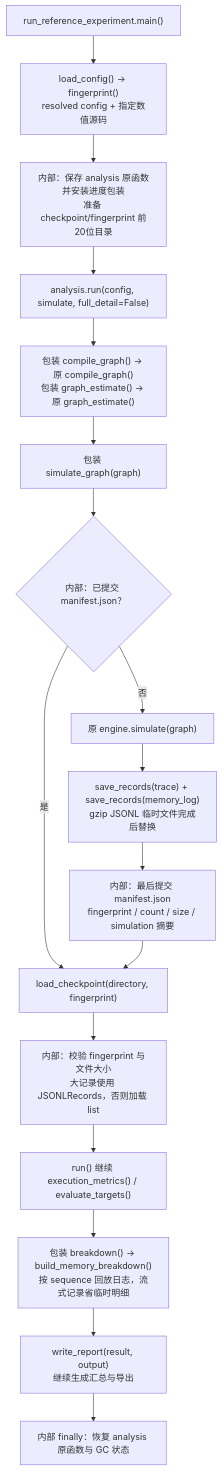
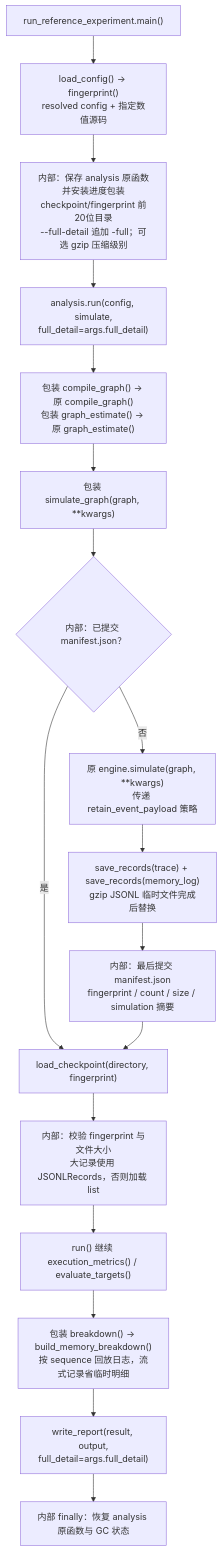
The diagram in docs/diagrams/11-reference-checkpoint.mmd (GuangyuZhu04/supernode_simulation), drawn with Mermaid before and after one commit. The commit also changed 11 other files, not shown here.

```diff
--- a/docs/diagrams/11-reference-checkpoint.mmd
+++ b/docs/diagrams/11-reference-checkpoint.mmd
@@ -1,17 +1,17 @@
 flowchart TD
     ENTRY["run_reference_experiment.main()"] --> CONFIG["load_config() → fingerprint()<br/>resolved config + 指定数值源码"]
-    CONFIG --> WRAP["内部：保存 analysis 原函数并安装进度包装<br/>准备 checkpoint/fingerprint 前20位目录"]
-    WRAP --> RUN["analysis.run(config, simulate, full_detail=False)"]
+    CONFIG --> WRAP["内部：保存 analysis 原函数并安装进度包装<br/>checkpoint/fingerprint 前20位目录<br/>--full-detail 追加 -full；可选 gzip 压缩级别"]
+    WRAP --> RUN["analysis.run(config, simulate,<br/>full_detail=args.full_detail)"]
     RUN --> COMPILE["包装 compile_graph() → 原 compile_graph()<br/>包装 graph_estimate() → 原 graph_estimate()"]
-    COMPILE --> SIM["包装 simulate_graph(graph)"]
+    COMPILE --> SIM["包装 simulate_graph(graph, **kwargs)"]
     SIM --> EXISTS{"内部：已提交 manifest.json？"}
-    EXISTS -->|否| PHYSICS["原 engine.simulate(graph)"]
+    EXISTS -->|否| PHYSICS["原 engine.simulate(graph, **kwargs)<br/>传递 retain_event_payload 策略"]
     PHYSICS --> SAVE["save_records(trace) + save_records(memory_log)<br/>gzip JSONL 临时文件完成后替换"]
     SAVE --> COMMIT["内部：最后提交 manifest.json<br/>fingerprint / count / size / simulation 摘要"]
     EXISTS -->|是| LOAD["load_checkpoint(directory, fingerprint)"]
     COMMIT --> LOAD
     LOAD --> CHECK["内部：校验 fingerprint 与文件大小<br/>大记录使用 JSONLRecords，否则加载 list"]
     CHECK --> METRIC["run() 继续 execution_metrics() / evaluate_targets()"]
     METRIC --> MEM["包装 breakdown() → build_memory_breakdown()<br/>按 sequence 回放日志，流式记录省临时明细"]
-    MEM --> EXPORT["write_report(result, output)<br/>继续生成汇总与导出"]
+    MEM --> EXPORT["write_report(result, output,<br/>full_detail=args.full_detail)"]
     EXPORT --> FINALLY["内部 finally：恢复 analysis 原函数与 GC 状态"]
```
